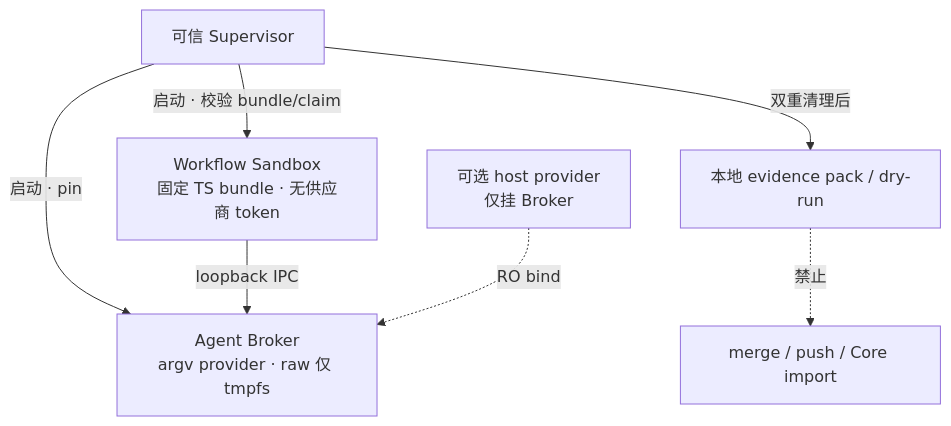
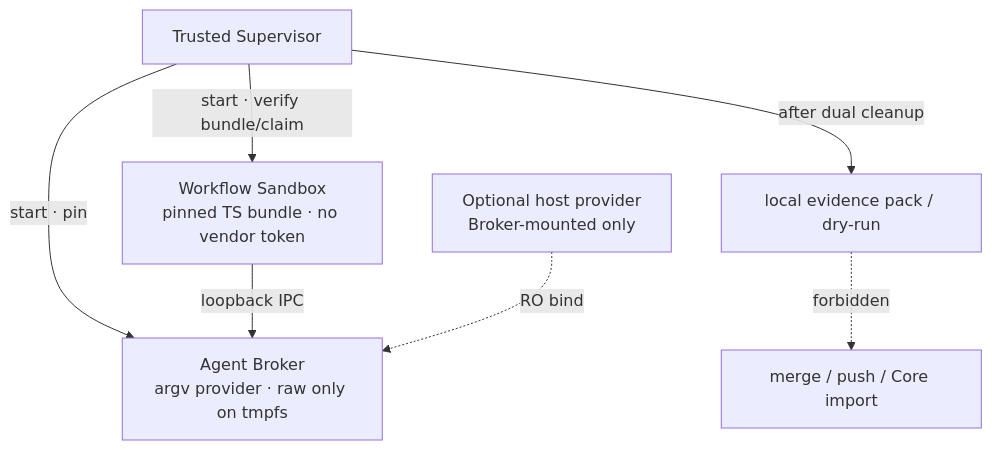
Before and after one commit to DandreYang/DyroEngineeringFlow: the diagram in docs/images/diagrams/src/09a-semantic-runtime.mmd, drawn with Mermaid. The commit also changed 46 other files, not shown here.

First line of the commit message:
docs: README 内嵌中英 Mermaid 图示并移除 PNG

```diff
--- a/docs/images/diagrams/src/09a-semantic-runtime.mmd
+++ b/docs/images/diagrams/src/09a-semantic-runtime.mmd
@@ -1,12 +1,12 @@
 flowchart TB
-  Sup["可信 Supervisor"]
-  Sand["Workflow Sandbox<br/>固定 TS bundle · 无供应商 token"]
-  Bro["Agent Broker<br/>argv provider · raw 仅 tmpfs"]
-  HostP["可选 host provider<br/>仅挂 Broker"]
+  Sup["Trusted Supervisor"]
+  Sand["Workflow Sandbox<br/>pinned TS bundle · no vendor token"]
+  Bro["Agent Broker<br/>argv provider · raw only on tmpfs"]
+  HostP["Optional host provider<br/>Broker-mounted only"]
 
-  Sup -->|启动 · 校验 bundle/claim| Sand
-  Sup -->|启动 · pin| Bro
+  Sup -->|start · verify bundle/claim| Sand
+  Sup -->|start · pin| Bro
   Sand -->|loopback IPC| Bro
   HostP -.->|RO bind| Bro
-  Sup -->|双重清理后| Pack["本地 evidence pack / dry-run"]
-  Pack -.->|禁止| Merge["merge / push / Core import"]
+  Sup -->|after dual cleanup| Pack["local evidence pack / dry-run"]
+  Pack -.->|forbidden| Merge["merge / push / Core import"]
```
